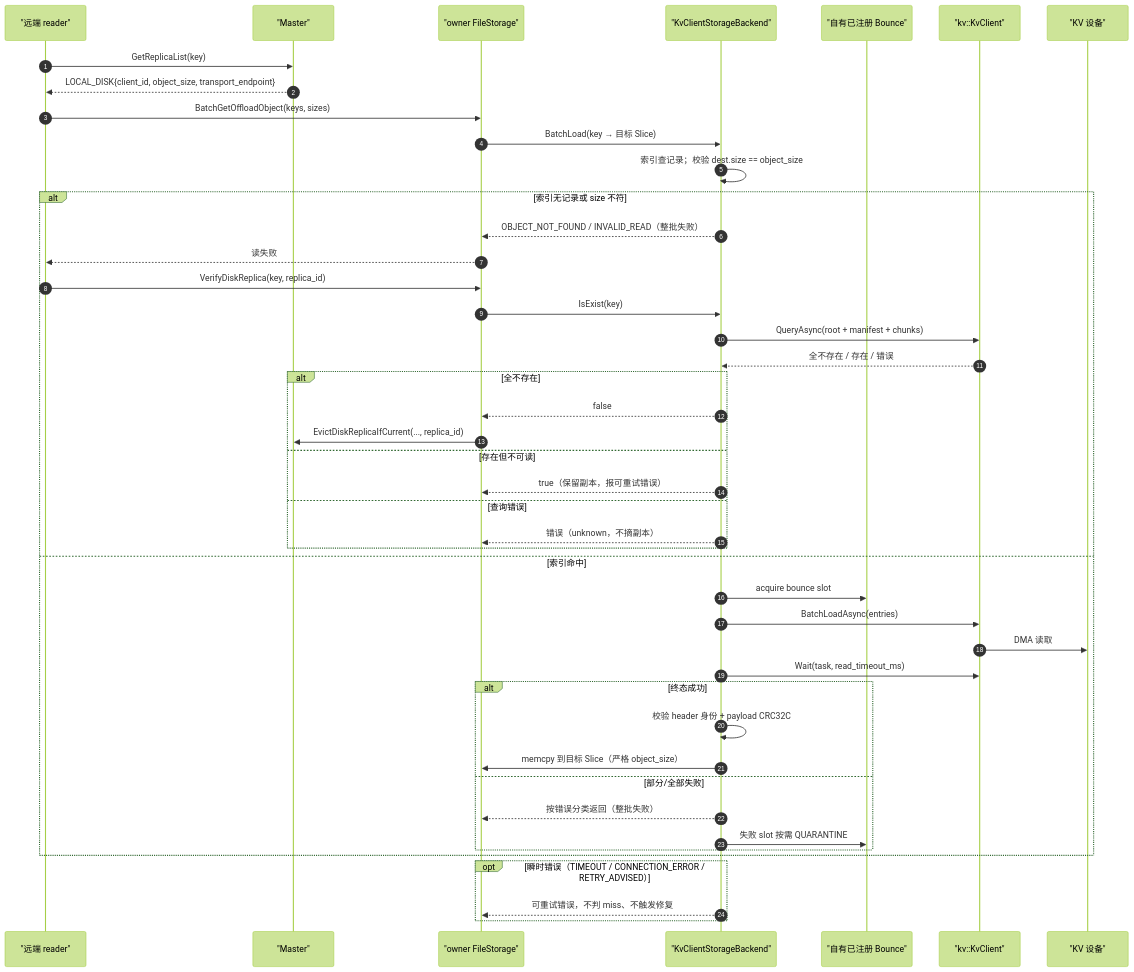
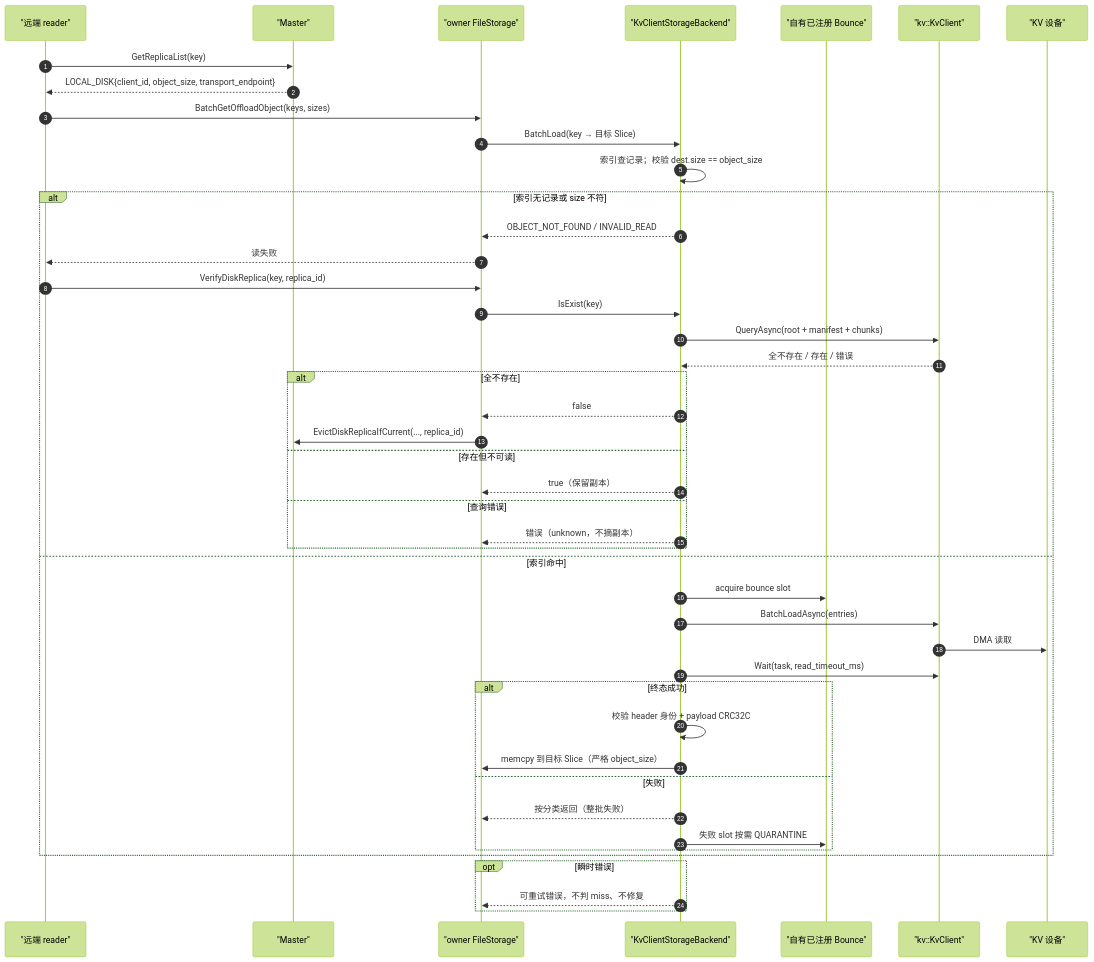
The fifth of 9 diagrams in kvclient 作为 StorageBackendInterface 的设计与实验方案.md (zwj20000328-dotcom/Mooncake-documents), drawn with Mermaid (forest theme) before and after one commit. The commit also changed other lines of this file and 3 other files, not shown here.

````diff
--- a/kvclient 作为 StorageBackendInterface 的设计与实验方案.md
+++ b/kvclient 作为 StorageBackendInterface 的设计与实验方案.md
@@ -448,48 +667,48 @@
 ```mermaid
 sequenceDiagram
     autonumber
     participant RD as "远端 reader"
     participant MS as "Master"
     participant OW as "owner FileStorage"
     participant BE as "KvClientStorageBackend"
     participant AR as "自有已注册 Bounce"
     participant KC as "kv::KvClient"
     participant DEV as "KV 设备"
 
     RD->>MS: GetReplicaList(key)
     MS-->>RD: LOCAL_DISK{client_id, object_size, transport_endpoint}
     RD->>OW: BatchGetOffloadObject(keys, sizes)
     OW->>BE: BatchLoad(key → 目标 Slice)
     BE->>BE: 索引查记录；校验 dest.size == object_size
     alt 索引无记录或 size 不符
-        BE-->>OW: OBJECT_NOT_FOUND / INVALID_READ（整批失败）
+        BE-->>OW: OBJECT_NOT_FOUND / INVALID_READ
         OW-->>RD: 读失败
         RD->>OW: VerifyDiskReplica(key, replica_id)
         OW->>BE: IsExist(key)
         BE->>KC: QueryAsync(root + manifest + chunks)
         KC-->>BE: 全不存在 / 存在 / 错误
         alt 全不存在
             BE-->>OW: false
             OW->>MS: EvictDiskReplicaIfCurrent(..., replica_id)
         else 存在但不可读
-            BE-->>OW: true（保留副本，报可重试错误）
+            BE-->>OW: true（保留副本）
         else 查询错误
             BE-->>OW: 错误（unknown，不摘副本）
         end
     else 索引命中
         BE->>AR: acquire bounce slot
         BE->>KC: BatchLoadAsync(entries)
         KC->>DEV: DMA 读取
         BE->>KC: Wait(task, read_timeout_ms)
         alt 终态成功
             BE->>BE: 校验 header 身份 + payload CRC32C
             BE->>OW: memcpy 到目标 Slice（严格 object_size）
-        else 部分/全部失败
-            BE-->>OW: 按错误分类返回（整批失败）
+        else 失败
+            BE-->>OW: 按分类返回（整批失败）
             BE->>AR: 失败 slot 按需 QUARANTINE
         end
     end
-    opt 瞬时错误（TIMEOUT / CONNECTION_ERROR / RETRY_ADVISED）
-        BE-->>OW: 可重试错误，不判 miss、不触发修复
+    opt 瞬时错误
+        BE-->>OW: 可重试错误，不判 miss、不修复
     end
 ```
````
